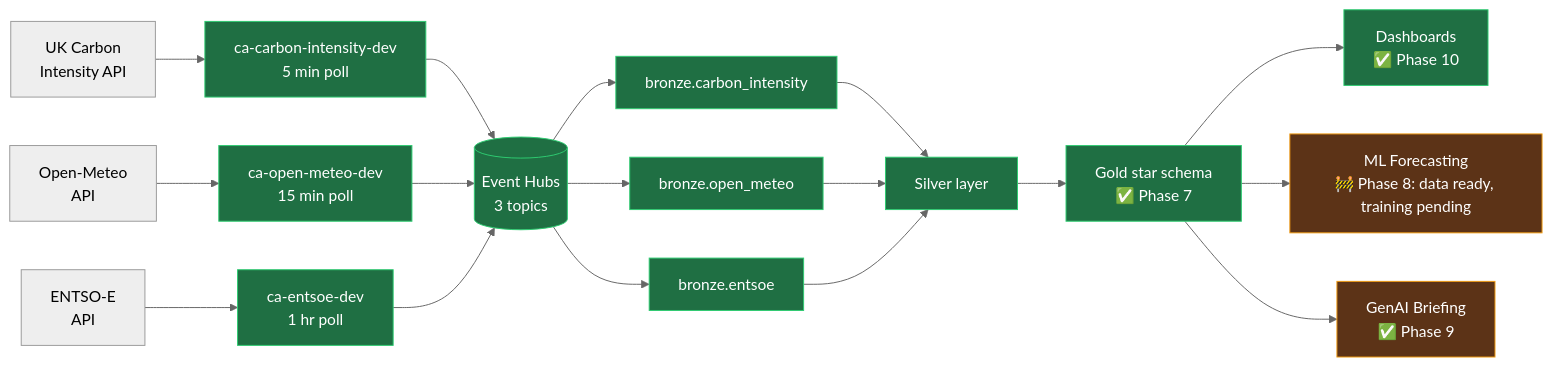
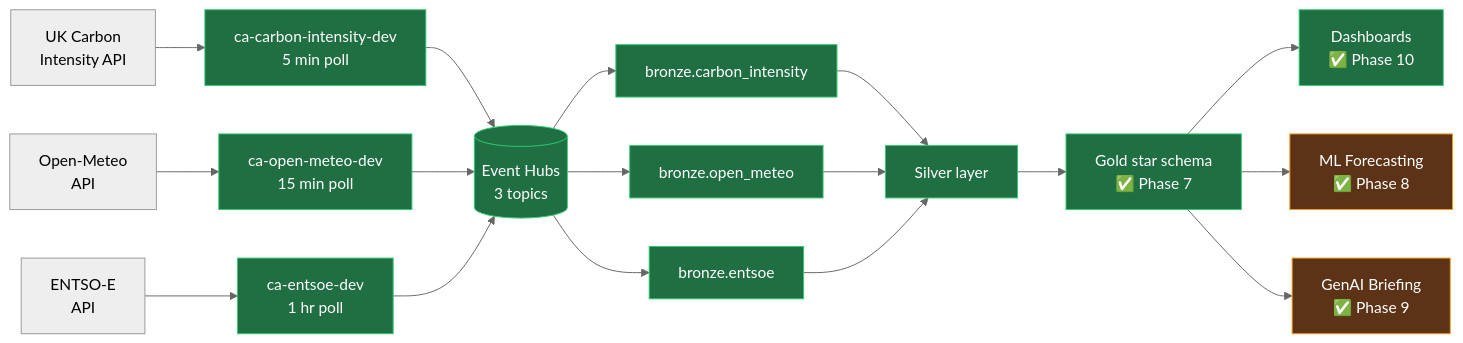
One commit to demonjd2026-afk/gridsense changed the diagram in README.md. Above: the diagram before and after it, drawn with Mermaid (neutral theme). The commit also changed other lines of this file and 1 other file, not shown here.

Commit message:
docs(phase8): close out ML carbon forecasting — 8.A-8.D writeup + README ✅

````diff
--- a/README.md
+++ b/README.md
@@ -86,25 +86,25 @@
 ```mermaid
 flowchart LR
     A1[UK Carbon<br/>Intensity API] --> P1[ca-carbon-intensity-dev<br/>5 min poll]
     A2[Open-Meteo<br/>API] --> P2[ca-open-meteo-dev<br/>15 min poll]
     A3[ENTSO-E<br/>API] --> P3[ca-entsoe-dev<br/>1 hr poll]
     P1 --> EH[(Event Hubs<br/>3 topics)]
     P2 --> EH
     P3 --> EH
     EH --> B1[bronze.carbon_intensity]
     EH --> B2[bronze.open_meteo]
     EH --> B3[bronze.entsoe]
     B1 --> S[Silver layer]
     B2 --> S
     B3 --> S
     S --> G[Gold star schema<br/>✅ Phase 7]
     G --> PBI[Dashboards<br/>✅ Phase 10]
-    G --> ML[ML Forecasting<br/>🚧 Phase 8: data ready, training pending]
+    G --> ML[ML Forecasting<br/>✅ Phase 8]
     G --> AI[GenAI Briefing<br/>✅ Phase 9]
 
     classDef done fill:#1f6f43,stroke:#2ecc71,color:#fff
     classDef wip fill:#5c3317,stroke:#f39c12,color:#fff
     class P1,P2,P3,EH,B1,B2,B3,S,G done
     class PBI done
     class ML,AI wip
 ```
````
